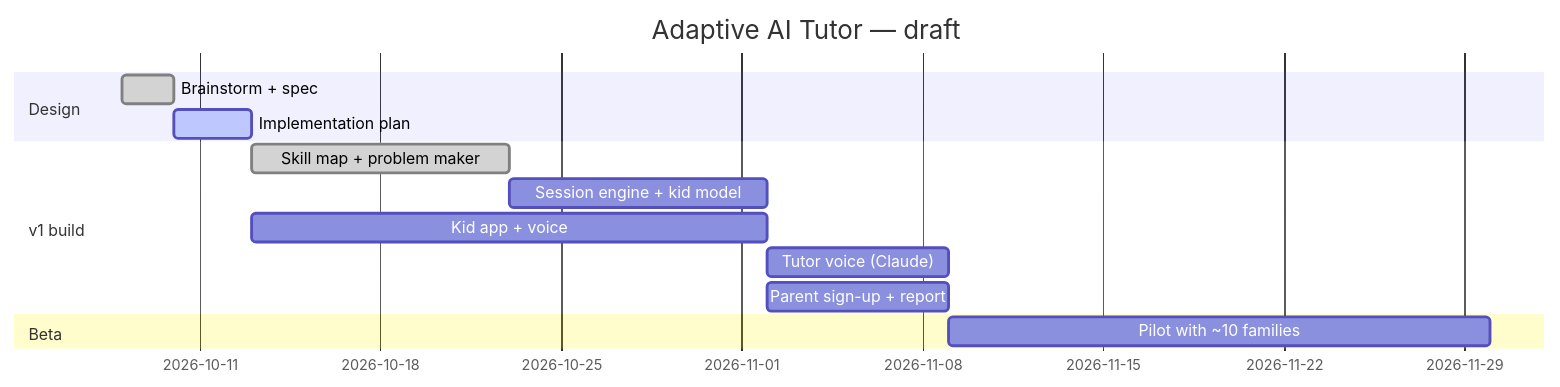
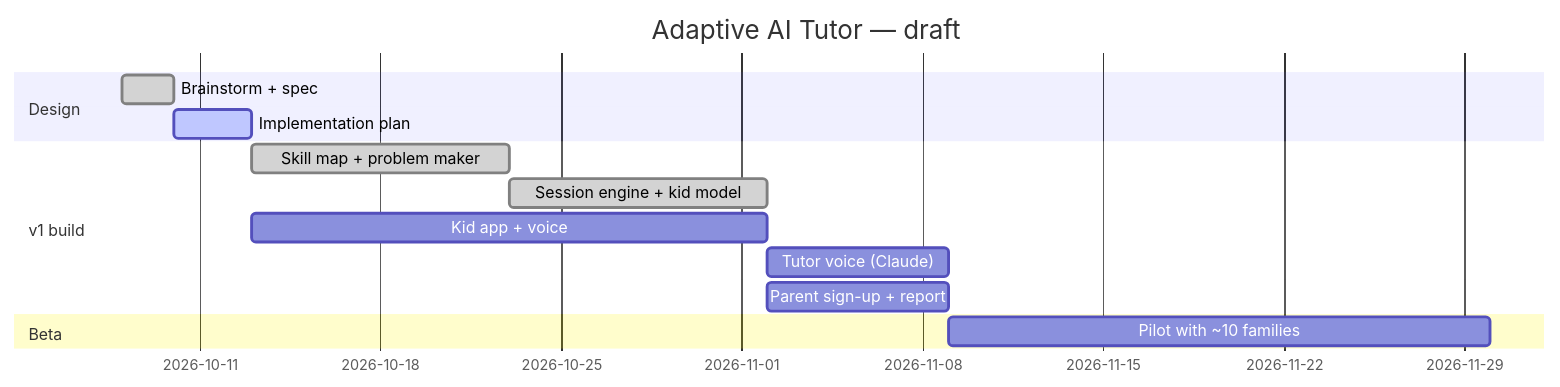
The diagram in vault/05 Roadmap/Roadmap.md (andrejovnarski/ai-tutor), drawn with Mermaid before and after one commit. The commit also changed other lines of this file and 2 other files, not shown here.

Commit message:
feat: simulated kids validate placement, step-back, mastery and ~80% target

````diff
--- a/vault/05 Roadmap/Roadmap.md
+++ b/vault/05 Roadmap/Roadmap.md
@@ -9,16 +9,16 @@
 ```mermaid
 gantt
   title Adaptive AI Tutor — draft
   dateFormat YYYY-MM-DD
   section Design
   Brainstorm + spec         :done, d1, 2026-10-08, 2d
   Implementation plan       :active, d2, after d1, 3d
   section v1 build
   Skill map + problem maker :done, b1, after d2, 10d
-  Session engine + kid model:b2, after b1, 10d
+  Session engine + kid model:done, b2, after b1, 10d
   Kid app + voice           :b3, after d2, 20d
   Tutor voice (Claude)      :b4, after b2, 7d
   Parent sign-up + report   :b5, after b2, 7d
   section Beta
   Pilot with ~10 families   :p1, after b4, 21d
 ```
````
